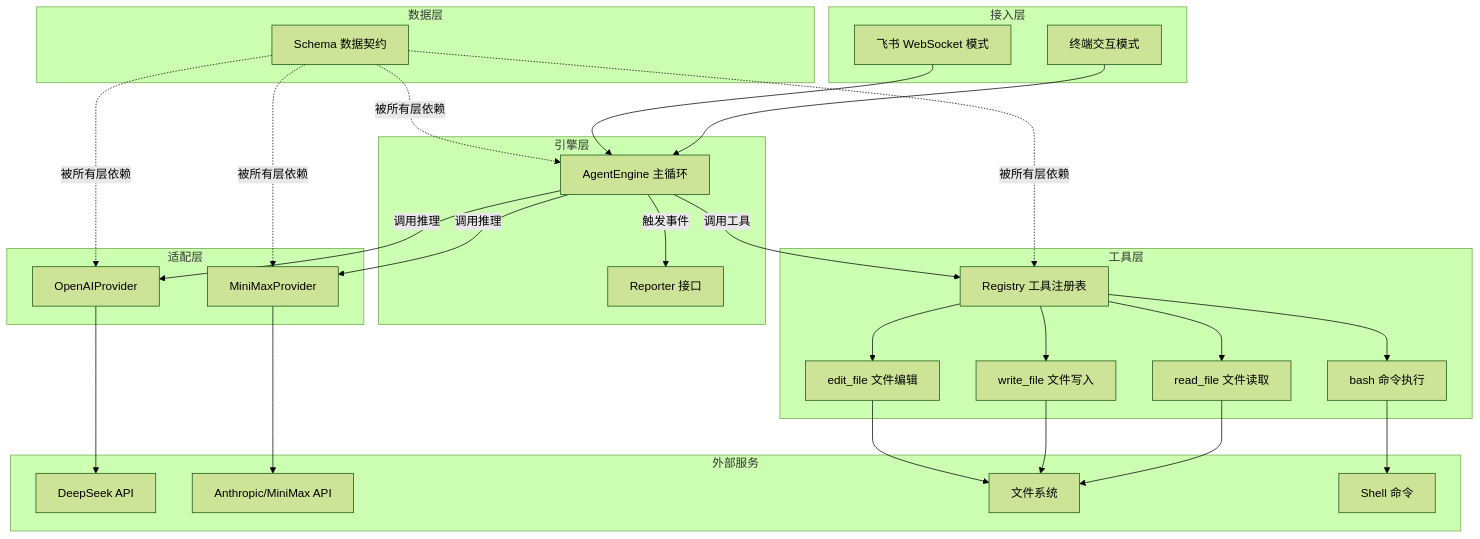
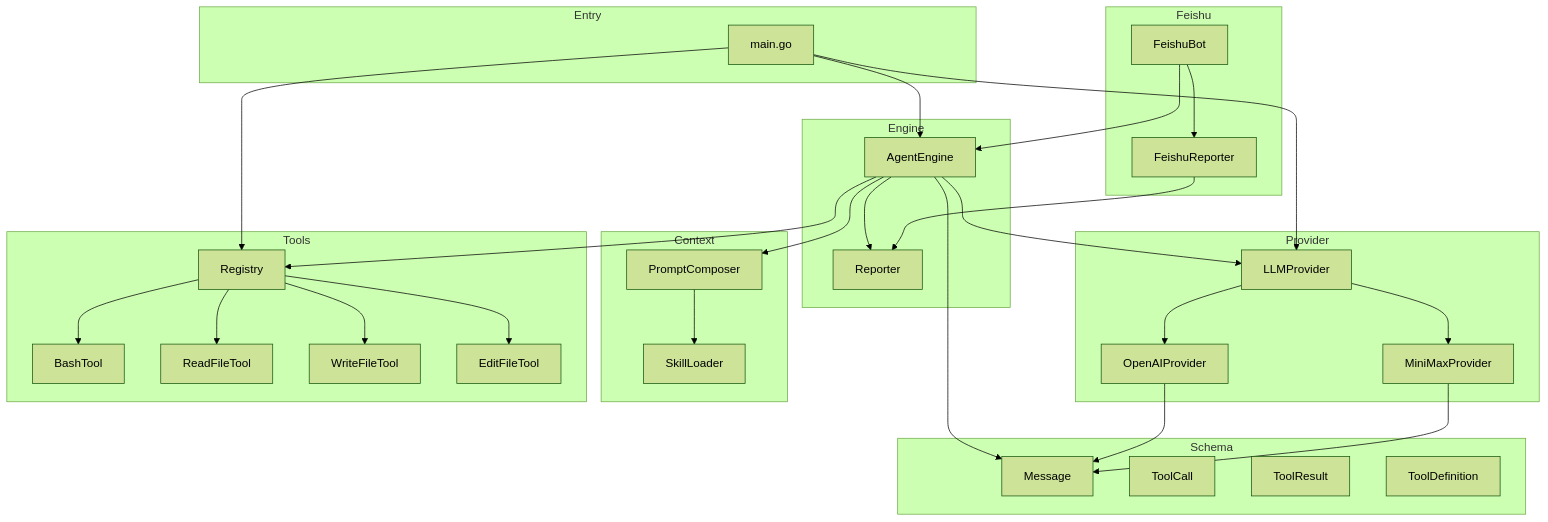
One commit to mambo-wang/go-my-harness changed the first of 3 diagrams in repowiki/overview.md. Above: the diagram before and after it, drawn with Mermaid (forest theme). The commit also changed other lines of this file and 15 other files, not shown here.

````diff
--- a/repowiki/overview.md
+++ b/repowiki/overview.md
@@ -11,60 +11,63 @@
 ```mermaid
 graph TD
-    subgraph 接入层
-        CLI[终端交互模式]
-        Feishu[飞书 WebSocket 模式]
+    subgraph Entry
+        A[main.go]
     end
 
-    subgraph 引擎层
-        Engine[AgentEngine 主循环]
-        Reporter[Reporter 接口]
+    subgraph Engine
+        B[AgentEngine]
+        C[Reporter]
     end
 
-    subgraph 工具层
-        Registry[Registry 工具注册表]
-        Bash[bash 命令执行]
-        ReadFile[read_file 文件读取]
-        WriteFile[write_file 文件写入]
-        EditFile[edit_file 文件编辑]
+    subgraph Provider
+        D[LLMProvider]
+        E[OpenAIProvider]
+        F[MiniMaxProvider]
     end
 
-    subgraph 适配层
-        OpenAIProvider[OpenAIProvider]
-        MiniMaxProvider[MiniMaxProvider]
+    subgraph Context
+        G[PromptComposer]
+        H[SkillLoader]
     end
 
-    subgraph 数据层
-        Schema[Schema 数据契约]
+    subgraph Tools
+        I[Registry]
+        J[BashTool]
+        K[ReadFileTool]
+        L[WriteFileTool]
+        M[EditFileTool]
     end
 
-    subgraph 外部服务
-        DeepSeekAPI[DeepSeek API]
-        AnthropicAPI[Anthropic/MiniMax API]
-        FileSystem[文件系统]
-        Shell[Shell 命令]
+    subgraph Schema
+        N[Message]
+        O[ToolCall]
+        P[ToolResult]
+        Q[ToolDefinition]
     end
 
-    CLI --> Engine
-    Feishu --> Engine
-    Engine -->|调用推理| OpenAIProvider
-    Engine -->|调用推理| MiniMaxProvider
-    Engine -->|调用工具| Registry
-    Engine -->|触发事件| Reporter
+    subgraph Feishu
+        R[FeishuBot]
+        S[FeishuReporter]
+    end
 
-    Registry --> Bash
-    Registry --> ReadFile
-    Registry --> WriteFile
-    Registry --> EditFile
-
-    OpenAIProvider --> DeepSeekAPI
-    MiniMaxProvider --> AnthropicAPI
-    Bash --> Shell
-    ReadFile --> FileSystem
-    WriteFile --> FileSystem
-    EditFile --> FileSystem
-
-    Schema -.->|被所有层依赖| Engine
-    Schema -.->|被所有层依赖| Registry
-    Schema -.->|被所有层依赖| OpenAIProvider
-    Schema -.->|被所有层依赖| MiniMaxProvider
+    A --> B
+    A --> I
+    A --> D
+    B --> D
+    B --> I
+    B --> G
+    B --> C
+    D --> E
+    D --> F
+    G --> H
+    I --> J
+    I --> K
+    I --> L
+    I --> M
+    R --> B
+    R --> S
+    S --> C
+    B --> N
+    E --> N
+    F --> N
 ```
````
